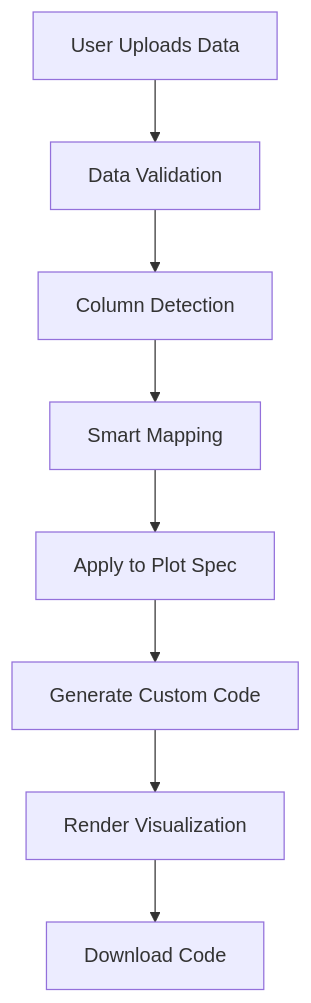
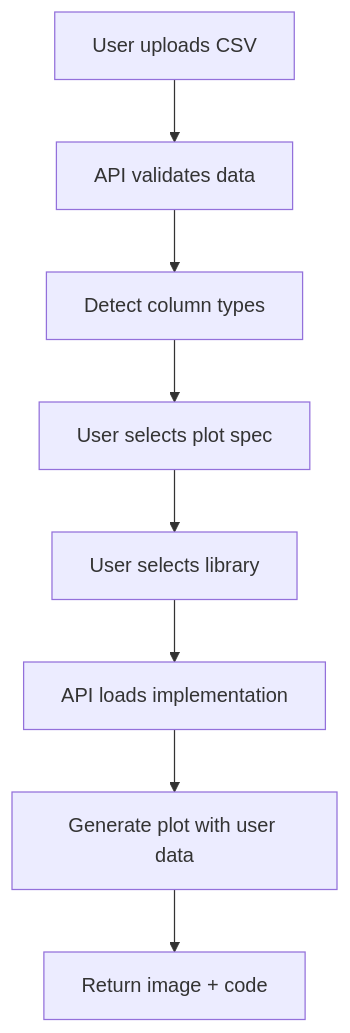
Before and after one commit to MarkusNeusinger/pyplots: the second of 2 diagrams in docs/architecture.md, drawn with Mermaid. The commit also changed other lines of this file and 28 other files, not shown here.

First line of the commit message:
feat: setup complete frontend and backend architecture

````diff
--- a/docs/architecture.md
+++ b/docs/architecture.md
@@ -85,10 +490,10 @@
 ```mermaid
 graph TD
-    A[User Uploads Data] --> B[Data Validation]
-    B --> C[Column Detection]
-    C --> D[Smart Mapping]
-    D --> E[Apply to Plot Spec]
-    E --> F[Generate Custom Code]
-    F --> G[Render Visualization]
-    G --> H[Download Code]
+    A[User uploads CSV] --> B[API validates data]
+    B --> C[Detect column types]
+    C --> D[User selects plot spec]
+    D --> E[User selects library]
+    E --> F[API loads implementation]
+    F --> G[Generate plot with user data]
+    G --> H[Return image + code]
 ```
````
